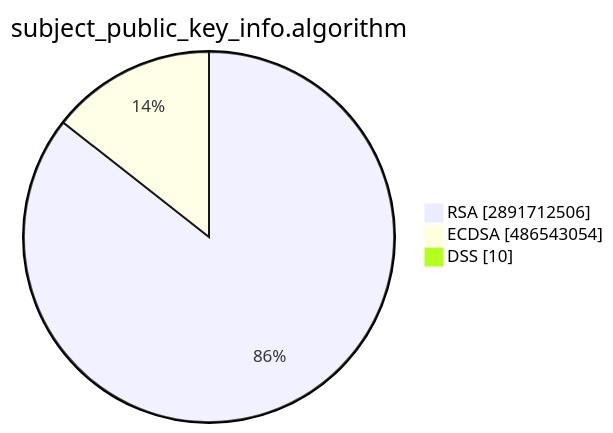
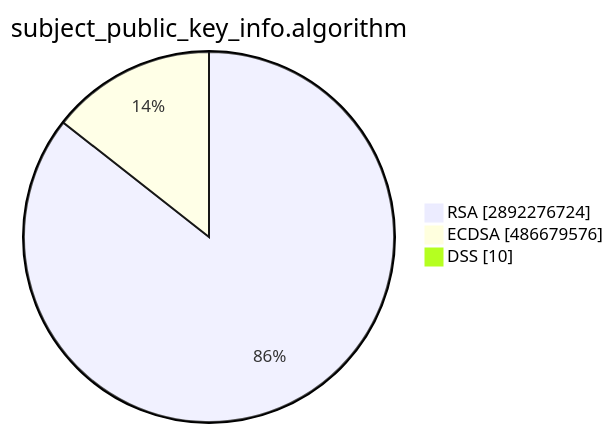
One commit to christiankrug/ctmonitor_visualization changed the second of 15 diagrams in TOTAL/README.md. Above: the diagram before and after it, drawn with Mermaid. The commit also changed other lines of this file, not shown here.

````diff
--- a/TOTAL/README.md
+++ b/TOTAL/README.md
@@ -6,7 +6,7 @@
 ```mermaid
 pie showData
 title subject_public_key_info.algorithm
-"RSA" :2891712506
-"ECDSA" :486543054
+"RSA" :2892276724
+"ECDSA" :486679576
 "DSS" :10
 ```
````
